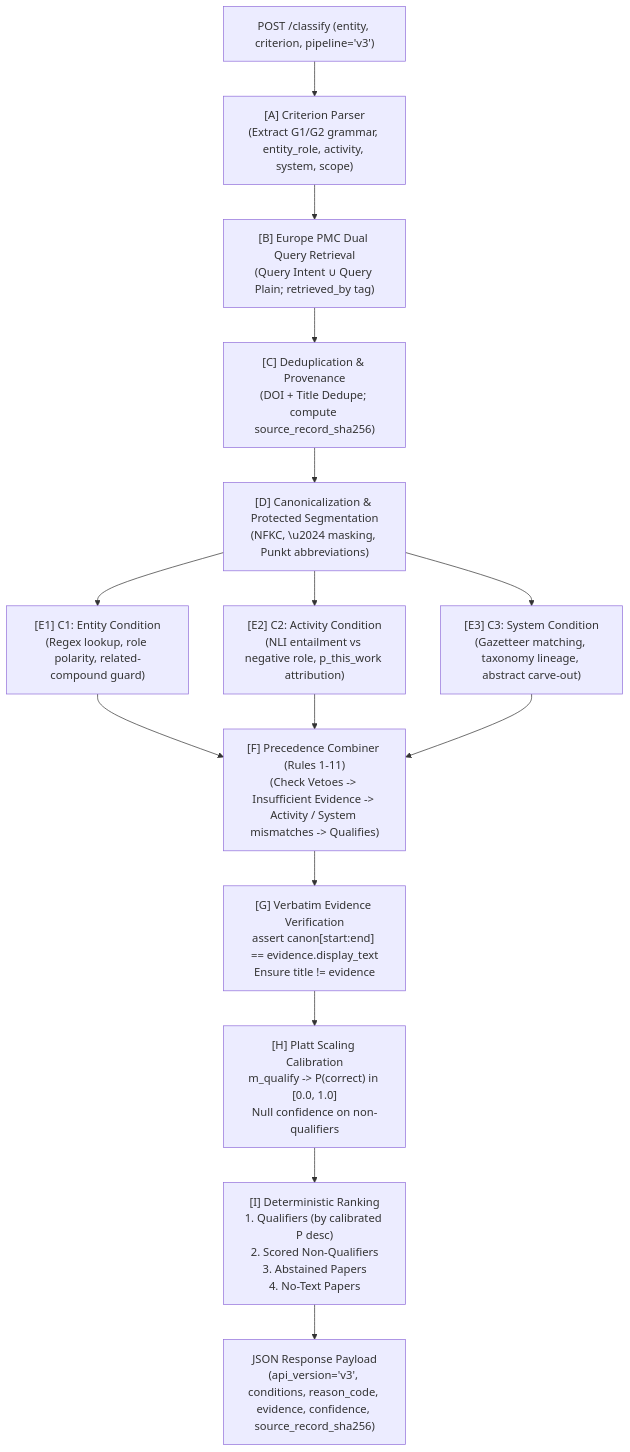
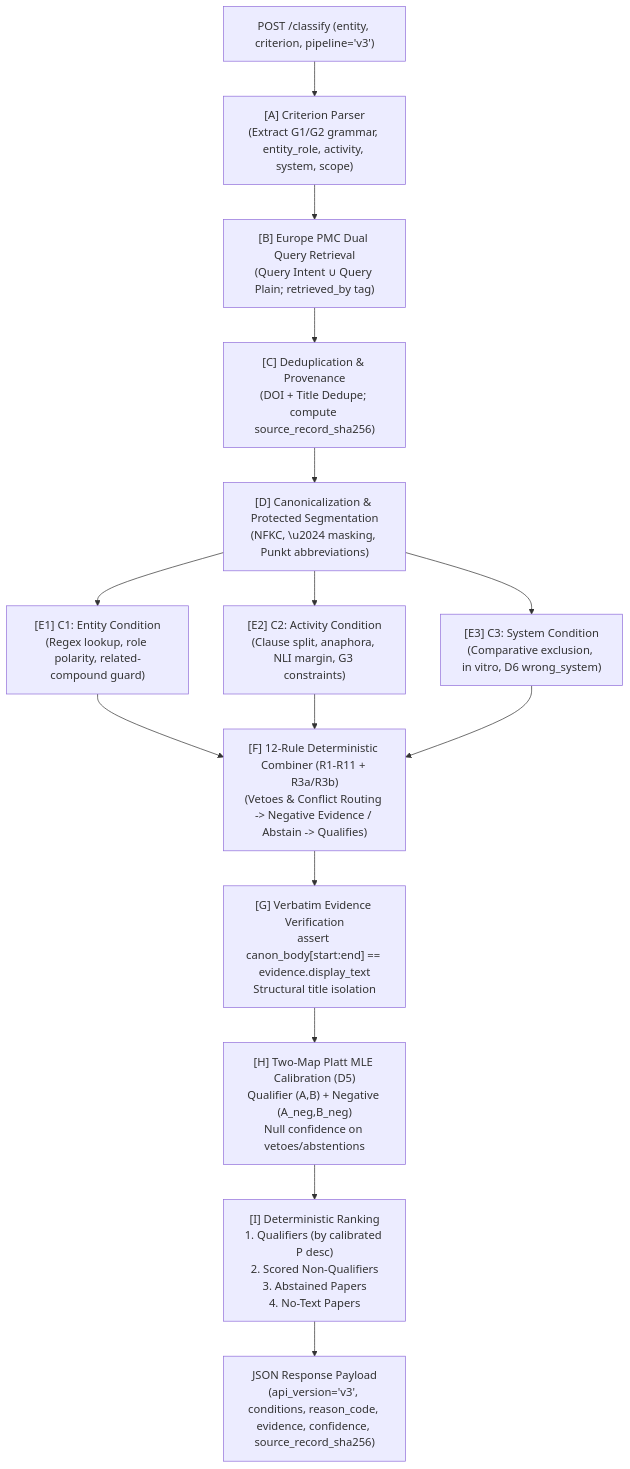
The diagram in ARCHITECTURE.md (invincible1786/literature-classification-engine), drawn with Mermaid before and after one commit. The commit also changed other lines of this file and 11 other files, not shown here.

````diff
--- a/ARCHITECTURE.md
+++ b/ARCHITECTURE.md
@@ -36,21 +37,21 @@
 ```mermaid
 flowchart TD
     REQ["POST /classify (entity, criterion, pipeline='v3')"] --> PARSE["[A] Criterion Parser<br/>(Extract G1/G2 grammar, entity_role, activity, system, scope)"]
     PARSE --> RETRIEVE["[B] Europe PMC Dual Query Retrieval<br/>(Query Intent ∪ Query Plain; retrieved_by tag)"]
     RETRIEVE --> DEDUPE["[C] Deduplication & Provenance<br/>(DOI + Title Dedupe; compute source_record_sha256)"]
     DEDUPE --> SEGMENT["[D] Canonicalization & Protected Segmentation<br/>(NFKC, \u2024 masking, Punkt abbreviations)"]
     
     SEGMENT --> C1["[E1] C1: Entity Condition<br/>(Regex lookup, role polarity, related-compound guard)"]
-    SEGMENT --> C2["[E2] C2: Activity Condition<br/>(NLI entailment vs negative role, p_this_work attribution)"]
-    SEGMENT --> C3["[E3] C3: System Condition<br/>(Gazetteer matching, taxonomy lineage, abstract carve-out)"]
+    SEGMENT --> C2["[E2] C2: Activity Condition<br/>(Clause split, anaphora, NLI margin, G3 constraints)"]
+    SEGMENT --> C3["[E3] C3: System Condition<br/>(Comparative exclusion, in vitro, D6 wrong_system)"]
     
-    C1 --> COMBINE["[F] Precedence Combiner (Rules 1-11)<br/>(Check Vetoes -> Insufficient Evidence -> Activity / System mismatches -> Qualifies)"]
+    C1 --> COMBINE["[F] 12-Rule Deterministic Combiner (R1-R11 + R3a/R3b)<br/>(Vetoes & Conflict Routing -> Negative Evidence / Abstain -> Qualifies)"]
     C2 --> COMBINE
     C3 --> COMBINE
     
-    COMBINE --> EV_ASSERT["[G] Verbatim Evidence Verification<br/>assert canon[start:end] == evidence.display_text<br/>Ensure title != evidence"]
-    EV_ASSERT --> CALIB["[H] Platt Scaling Calibration<br/>m_qualify -> P(correct) in [0.0, 1.0]<br/>Null confidence on non-qualifiers"]
+    COMBINE --> EV_ASSERT["[G] Verbatim Evidence Verification<br/>assert canon_body[start:end] == evidence.display_text<br/>Structural title isolation"]
+    EV_ASSERT --> CALIB["[H] Two-Map Platt MLE Calibration (D5)<br/>Qualifier (A,B) + Negative (A_neg,B_neg)<br/>Null confidence on vetoes/abstentions"]
     CALIB --> RANK["[I] Deterministic Ranking<br/>1. Qualifiers (by calibrated P desc)<br/>2. Scored Non-Qualifiers<br/>3. Abstained Papers<br/>4. No-Text Papers"]
     
     RANK --> RESP["JSON Response Payload<br/>(api_version='v3', conditions, reason_code, evidence, confidence, source_record_sha256)"]
 ```
````
